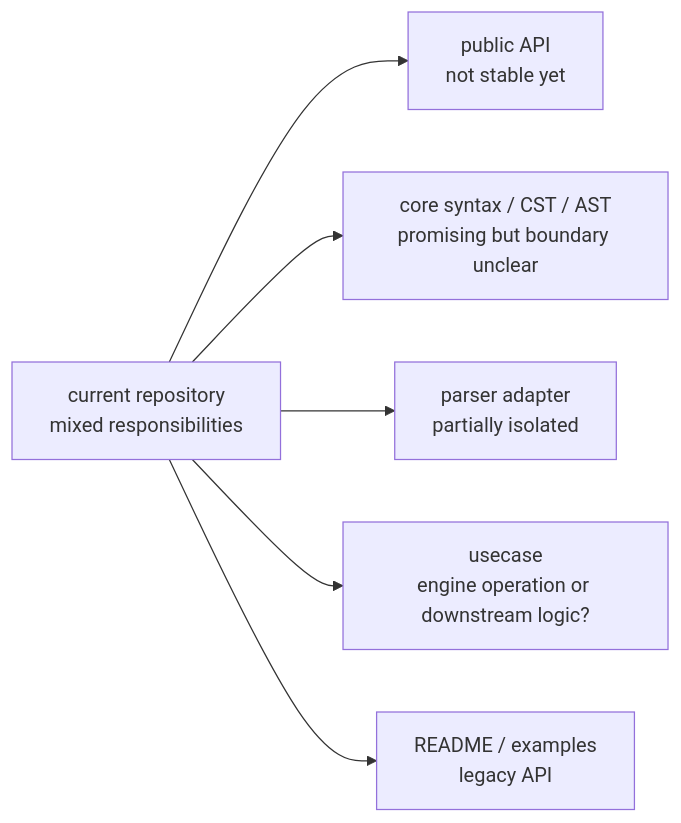
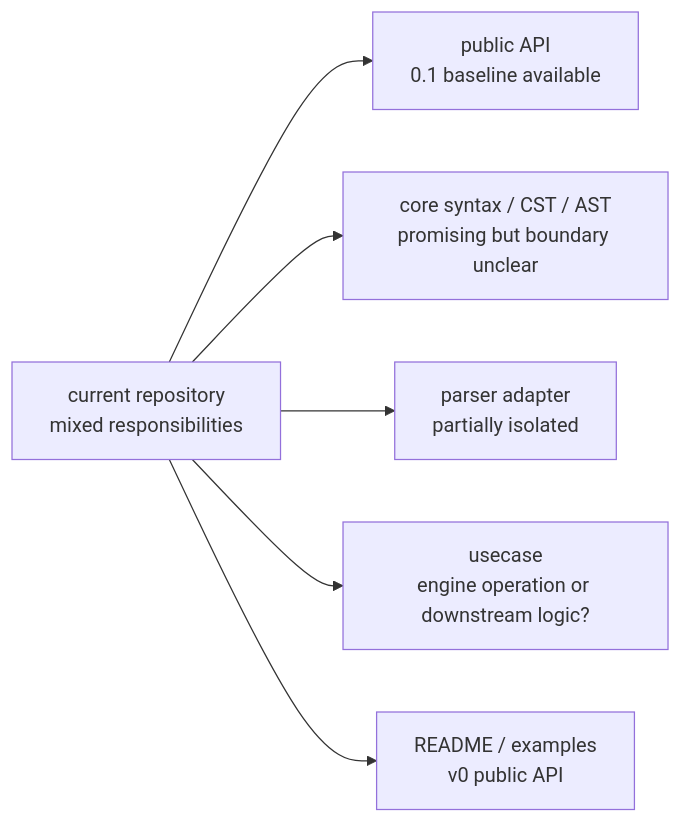
Before and after one commit to xwasoux/astars: the first of 3 diagrams in docs/MIGRATION.ja.md, drawn with Mermaid. The commit also changed other lines of this file and 9 other files, not shown here.

````diff
--- a/docs/MIGRATION.ja.md
+++ b/docs/MIGRATION.ja.md
@@ -49,15 +49,15 @@
 ```mermaid
 flowchart LR
     Current["current repository\nmixed responsibilities"]
-    API["public API\nnot stable yet"]
+    API["public API\n0.1 baseline available"]
     Core["core syntax / CST / AST\npromising but boundary unclear"]
     Adapter["parser adapter\npartially isolated"]
     Usecase["usecase\nengine operation or downstream logic?"]
-    Examples["README / examples\nlegacy API"]
+    Examples["README / examples\nv0 public API"]
 
     Current --> API
     Current --> Core
     Current --> Adapter
     Current --> Usecase
     Current --> Examples
 ```
````
